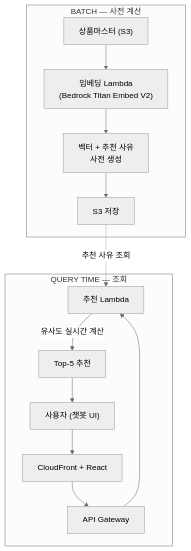
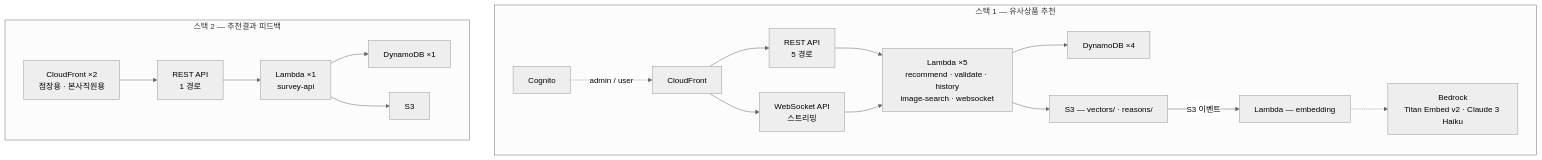
Before and after one commit to martinmlops/martinmlops.github.io: the first of 2 diagrams in _posts/2026-06-15-aidlc-hands-on-retail-mvp-lessons.md, drawn with Mermaid (neutral theme). The commit also changed other lines of this file, not shown here.

````diff
--- a/_posts/2026-06-15-aidlc-hands-on-retail-mvp-lessons.md
+++ b/_posts/2026-06-15-aidlc-hands-on-retail-mvp-lessons.md
@@ -98,17 +59,21 @@
 ```mermaid
 graph TB
-    subgraph "BATCH — 사전 계산"
-        M["상품마스터 (S3)"] --> E["임베딩 Lambda<br>(Bedrock Titan Embed V2)"]
-        E --> P["벡터 + 추천 사유<br>사전 생성"]
-        P --> S3["S3 저장"]
+    subgraph REC["스택 1 — 유사상품 추천"]
+        CF1["CloudFront"] --> API1["REST API<br>5 경로"]
+        CF1 --> WS["WebSocket API<br>스트리밍"]
+        API1 --> L1["Lambda ×5<br>recommend · validate · history<br>image-search · websocket"]
+        WS --> L1
+        L1 --> DDB1["DynamoDB ×4"]
+        L1 --> S3A["S3 — vectors/ · reasons/"]
+        COG["Cognito"] -.->|"admin / user"| CF1
+        S3A -->|"S3 이벤트"| EMB["Lambda — embedding"]
+        EMB -.-> BR["Bedrock<br>Titan Embed v2 · Claude 3 Haiku"]
     end
 
-    subgraph "QUERY TIME — 조회"
-        U["사용자 (챗봇 UI)"] --> CF["CloudFront + React"]
-        CF --> GW["API Gateway"]
-        GW --> L["추천 Lambda"]
-        L -->|"유사도 실시간 계산"| R["Top-5 추천"]
-        S3 -.->|"추천 사유 조회"| L
-        R --> U
+    subgraph SUR["스택 2 — 추천결과 피드백"]
+        CF2["CloudFront ×2<br>점장용 · 본사직원용"] --> API2["REST API<br>1 경로"]
+        API2 --> L2["Lambda ×1<br>survey-api"]
+        L2 --> DDB2["DynamoDB ×1"]
+        L2 --> S3B["S3"]
     end
 ```
````
